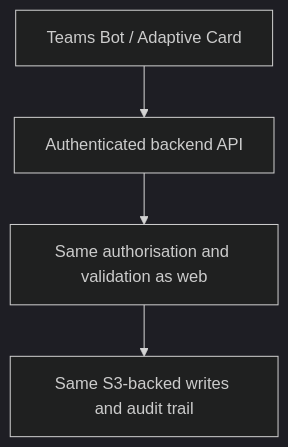
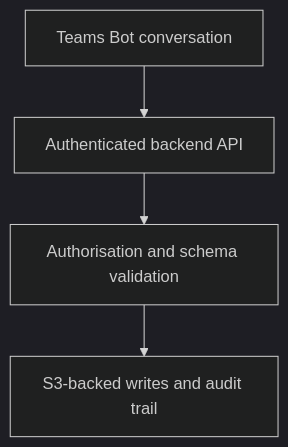
One commit to pickeringtech/finops-ai-report-response-portal-whitepaper changed the third of 6 diagrams in mvp.md. Above: the diagram before and after it, drawn with Mermaid (dark theme). The commit also changed other lines of this file and 3 other files, not shown here.

Commit message:
Make Teams bot the MVP interface

````diff
--- a/mvp.md
+++ b/mvp.md
@@ -175,9 +177,9 @@
 ```mermaid
 flowchart TD
-    teams["Teams Bot / Adaptive Card"]
+    teams["Teams Bot conversation"]
     api["Authenticated backend API"]
-    authz["Same authorisation and validation as web"]
-    writes["Same S3-backed writes and audit trail"]
+    authz["Authorisation and schema validation"]
+    writes["S3-backed writes and audit trail"]
 
     teams --> api --> authz --> writes
 ```
````
